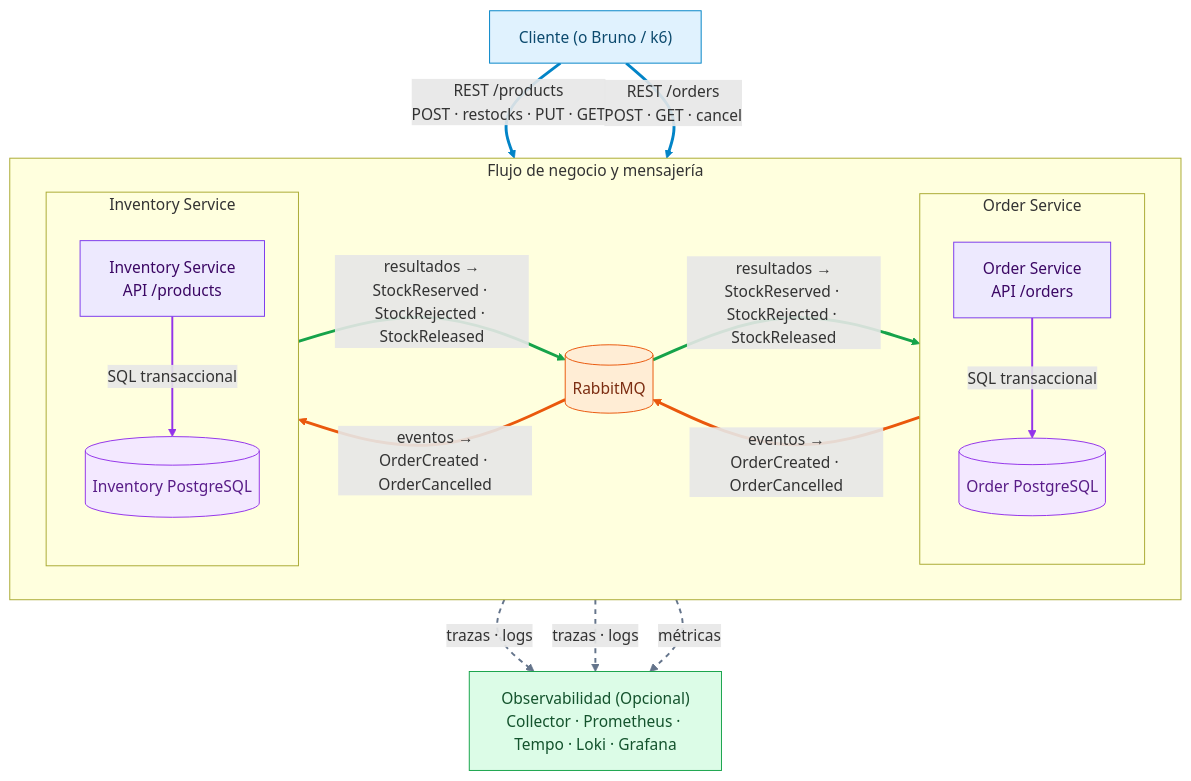
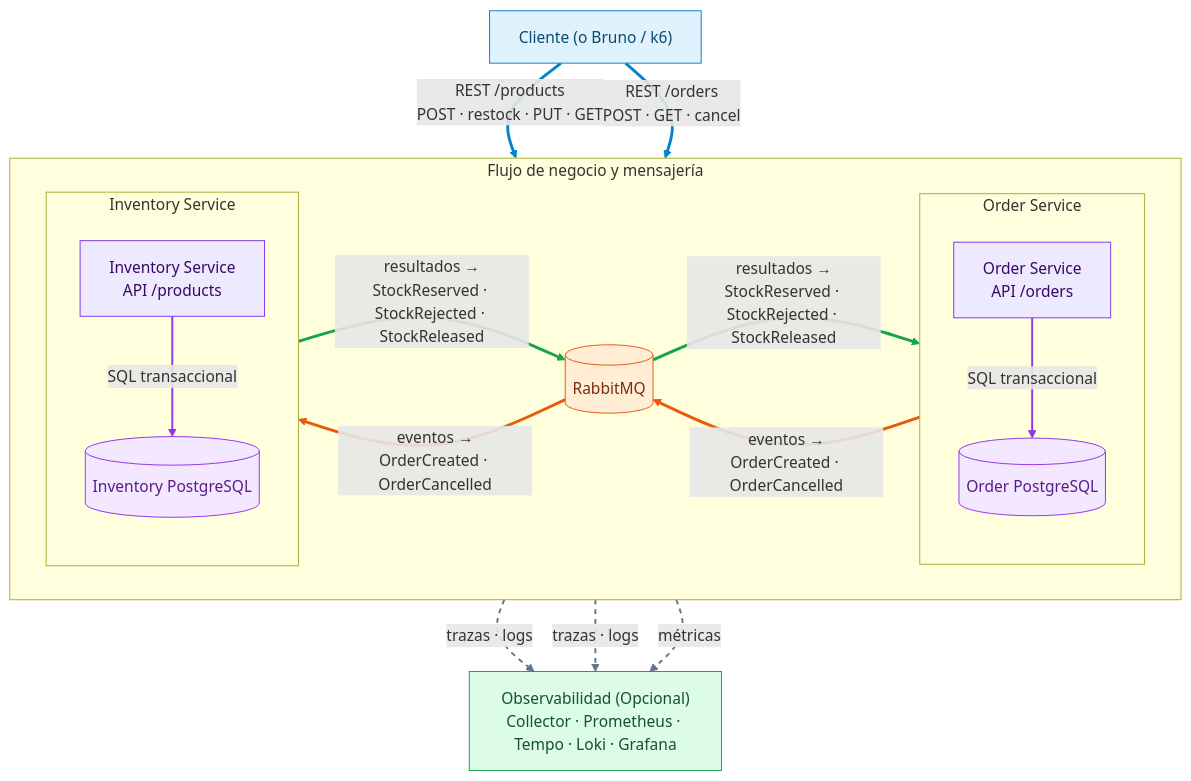
The diagram in docs/architecture/ARCHITECTURE.md (MartinFerrer/PruebaTecnica-SD-Pedidos), drawn with Mermaid before and after one commit. The commit also changed other lines of this file and 124 other files, not shown here.

````diff
--- a/docs/architecture/ARCHITECTURE.md
+++ b/docs/architecture/ARCHITECTURE.md
@@ -48,51 +48,51 @@
 ```mermaid
 flowchart TB
     Client["Cliente (o Bruno / k6)"]
 
     subgraph SERVICES[Flujo de negocio y mensajería]
         direction LR
         subgraph Order[Order Service]
             direction TB
             OS[Order Service<br/>API /orders]
             ODB[(Order PostgreSQL)]
             OS -->|SQL transaccional| ODB
         end
         RMQ[(RabbitMQ)]
         subgraph Inventory[Inventory Service]
             direction TB
             IS[Inventory Service<br/>API /products]
             IDB[(Inventory PostgreSQL)]
             IS -->|SQL transaccional| IDB
         end
     end
 
     OBS["Observabilidad (Opcional)<br/>Collector · Prometheus · Tempo · Loki · Grafana"]
     
-    Client -->|REST /products<br/>POST · restocks · PUT · GET| IS
+    Client -->|REST /products<br/>POST · restock · PUT · GET| IS
     Client -->|REST /orders<br/>POST · GET · cancel| OS
     OS -->|eventos →<br/>OrderCreated · OrderCancelled| RMQ
     RMQ -->|eventos →<br/>OrderCreated · OrderCancelled| IS
     IS -->|resultados →<br/>StockReserved · StockRejected · StockReleased| RMQ
     RMQ -->|resultados →<br/>StockReserved · StockRejected · StockReleased| OS
     OS -.->|trazas · logs| OBS
     IS -.->|trazas · logs| OBS
     RMQ -.->|métricas| OBS
 
     classDef client fill:#e0f2fe,stroke:#0284c7,color:#0c4a6e
     classDef service fill:#ede9fe,stroke:#7c3aed,color:#3b0764
     classDef database fill:#f3e8ff,stroke:#9333ea,color:#581c87
     classDef broker fill:#ffedd5,stroke:#ea580c,color:#7c2d12
     classDef telemetry fill:#dcfce7,stroke:#16a34a,color:#14532d
     class Client client
     class OS,IS service
     class ODB,IDB database
     class RMQ broker
     class OBS telemetry
 
     %% Índices: 0-1 persistencia; 2-3 REST; 4-5 comandos; 6-7 resultados; 8-10 telemetría
     linkStyle 0,1 stroke:#9333ea,stroke-width:2px
     linkStyle 2,3 stroke:#0284c7,stroke-width:3px
     linkStyle 4,5 stroke:#ea580c,stroke-width:3px
     linkStyle 6,7 stroke:#16a34a,stroke-width:3px
     linkStyle 8,9,10 stroke:#64748b,stroke-width:2px,stroke-dasharray:5 5
 ```
````
